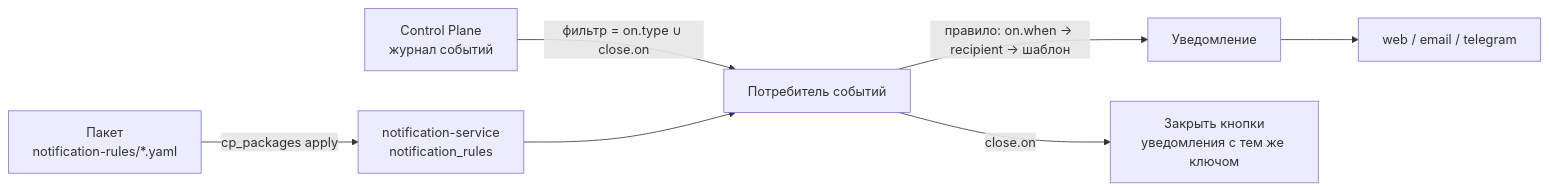
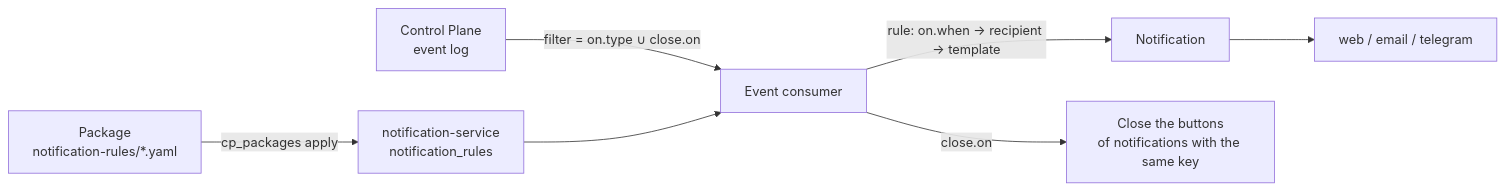
Before and after one commit to monthu56/taimen: the diagram in guide/docs/notifications/notification-rules.md, drawn with Mermaid. The commit also changed other lines of this file and 183 other files, not shown here.

````diff
--- a/guide/docs/notifications/notification-rules.md
+++ b/guide/docs/notifications/notification-rules.md
@@ -17,9 +18,9 @@
 ```mermaid
 flowchart LR
-    P["Пакет<br/>notification-rules/*.yaml"] -->|cp_packages apply| NS["notification-service<br/>notification_rules"]
-    CP["Control Plane<br/>журнал событий"] -->|"фильтр = on.type ∪ close.on"| C["Потребитель событий"]
+    P["Package<br/>notification-rules/*.yaml"] -->|cp_packages apply| NS["notification-service<br/>notification_rules"]
+    CP["Control Plane<br/>event log"] -->|"filter = on.type ∪ close.on"| C["Event consumer"]
     NS --> C
-    C -->|"правило: on.when → recipient → шаблон"| N["Уведомление"]
+    C -->|"rule: on.when → recipient → template"| N["Notification"]
     N --> W["web / email / telegram"]
-    C -->|"close.on"| X["Закрыть кнопки<br/>уведомления с тем же ключом"]
+    C -->|"close.on"| X["Close the buttons<br/>of notifications with the same key"]
 ```
````
